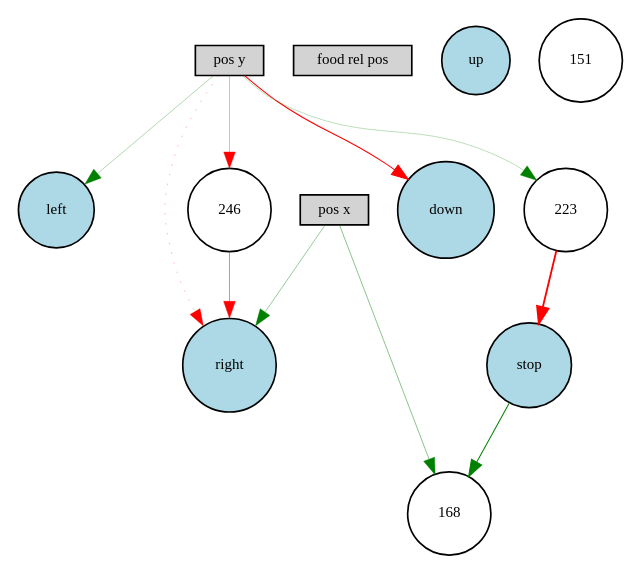
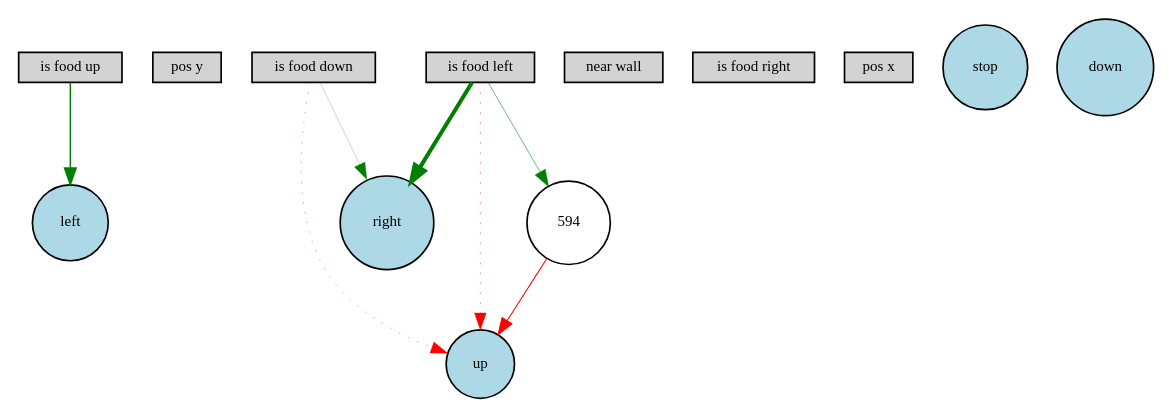
Before and after one commit to Elphiie/Kurs: the diagram in Digraph.gv, drawn with Graphviz. The commit also changed 123 other files, not shown here.

```diff
--- a/Digraph.gv
+++ b/Digraph.gv
@@ -1,25 +1,23 @@
 digraph {
 	node [fontsize=9 height=0.2 shape=circle width=0.2]
+	"is food up" [fillcolor=lightgray shape=box style=filled]
 	"pos y" [fillcolor=lightgray shape=box style=filled]
-	"food rel pos" [fillcolor=lightgray shape=box style=filled]
+	"is food down" [fillcolor=lightgray shape=box style=filled]
+	"near wall" [fillcolor=lightgray shape=box style=filled]
+	"is food right" [fillcolor=lightgray shape=box style=filled]
 	"pos x" [fillcolor=lightgray shape=box style=filled]
+	"is food left" [fillcolor=lightgray shape=box style=filled]
 	stop [fillcolor=lightblue style=filled]
 	up [fillcolor=lightblue style=filled]
 	down [fillcolor=lightblue style=filled]
 	left [fillcolor=lightblue style=filled]
 	right [fillcolor=lightblue style=filled]
-	168 [fillcolor=white style=filled]
-	246 [fillcolor=white style=filled]
-	151 [fillcolor=white style=filled]
-	223 [fillcolor=white style=filled]
-	"pos y" -> right [color=red penwidth=0.15839296845220568 style=dotted]
-	"pos x" -> right [color=green penwidth=0.24530872746598106 style=solid]
-	"pos y" -> left [color=green penwidth=0.19300496876030354 style=solid]
-	"pos y" -> down [color=red penwidth=0.6052156896793188 style=solid]
-	"pos x" -> 168 [color=green penwidth=0.28139504195335685 style=solid]
-	stop -> 168 [color=green penwidth=0.606456558968586 style=solid]
-	"pos y" -> 223 [color=green penwidth=0.15634114919438313 style=solid]
-	223 -> stop [color=red penwidth=1.0956039996901918 style=solid]
-	"pos y" -> 246 [color=red penwidth=0.1984256176274672 style=solid]
-	246 -> right [color=red penwidth=0.30683297007176147 style=solid]
+	594 [fillcolor=white style=filled]
+	"is food down" -> right [color=green penwidth=0.15385504566957492 style=solid]
+	"is food left" -> right [color=green penwidth=2.4239597135622692 style=solid]
+	"is food up" -> left [color=green penwidth=0.8914868537780097 style=solid]
+	"is food left" -> up [color=red penwidth=0.28370422910510473 style=dotted]
+	"is food down" -> up [color=red penwidth=0.22074803403445037 style=dotted]
+	"is food left" -> 594 [color=green penwidth=0.3284575049387285 style=solid]
+	594 -> up [color=red penwidth=0.627746684057879 style=solid]
 }
```
